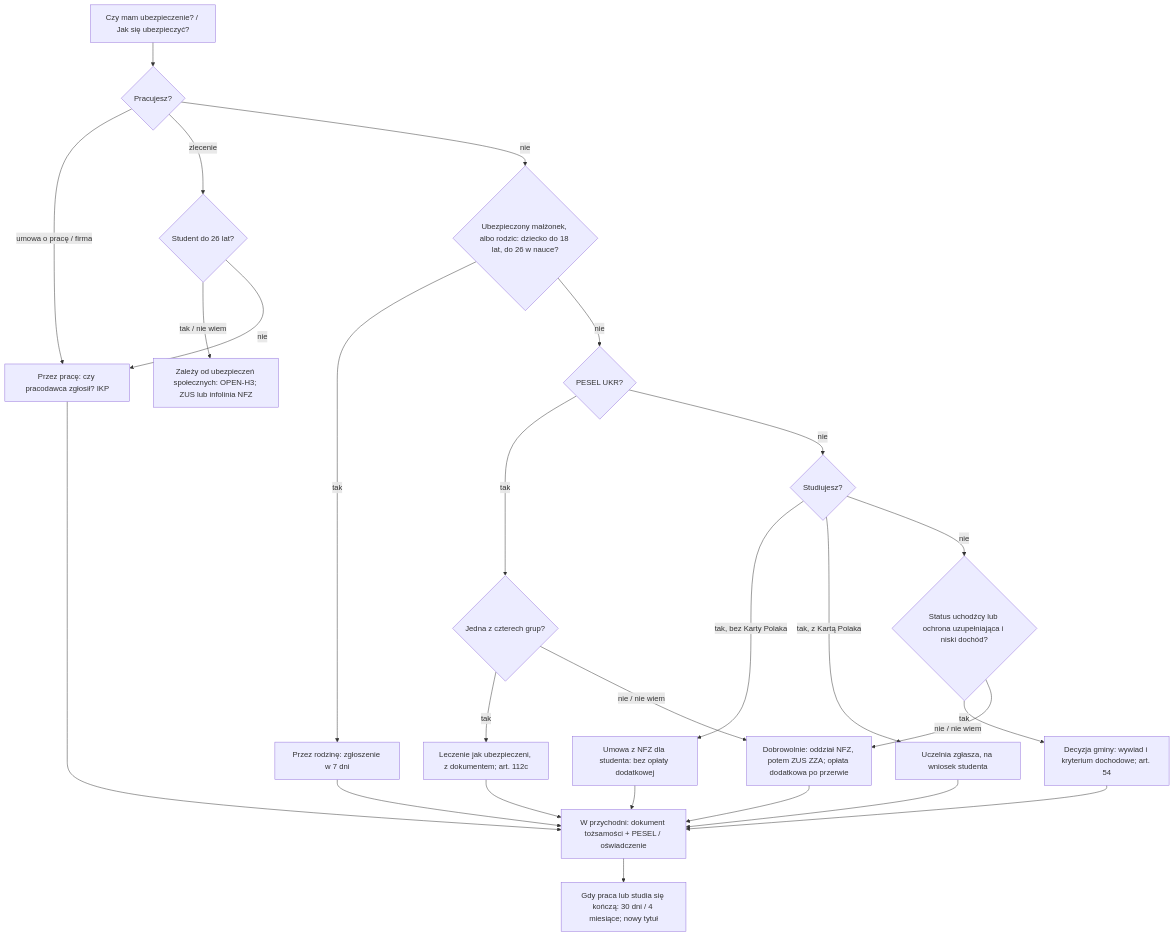
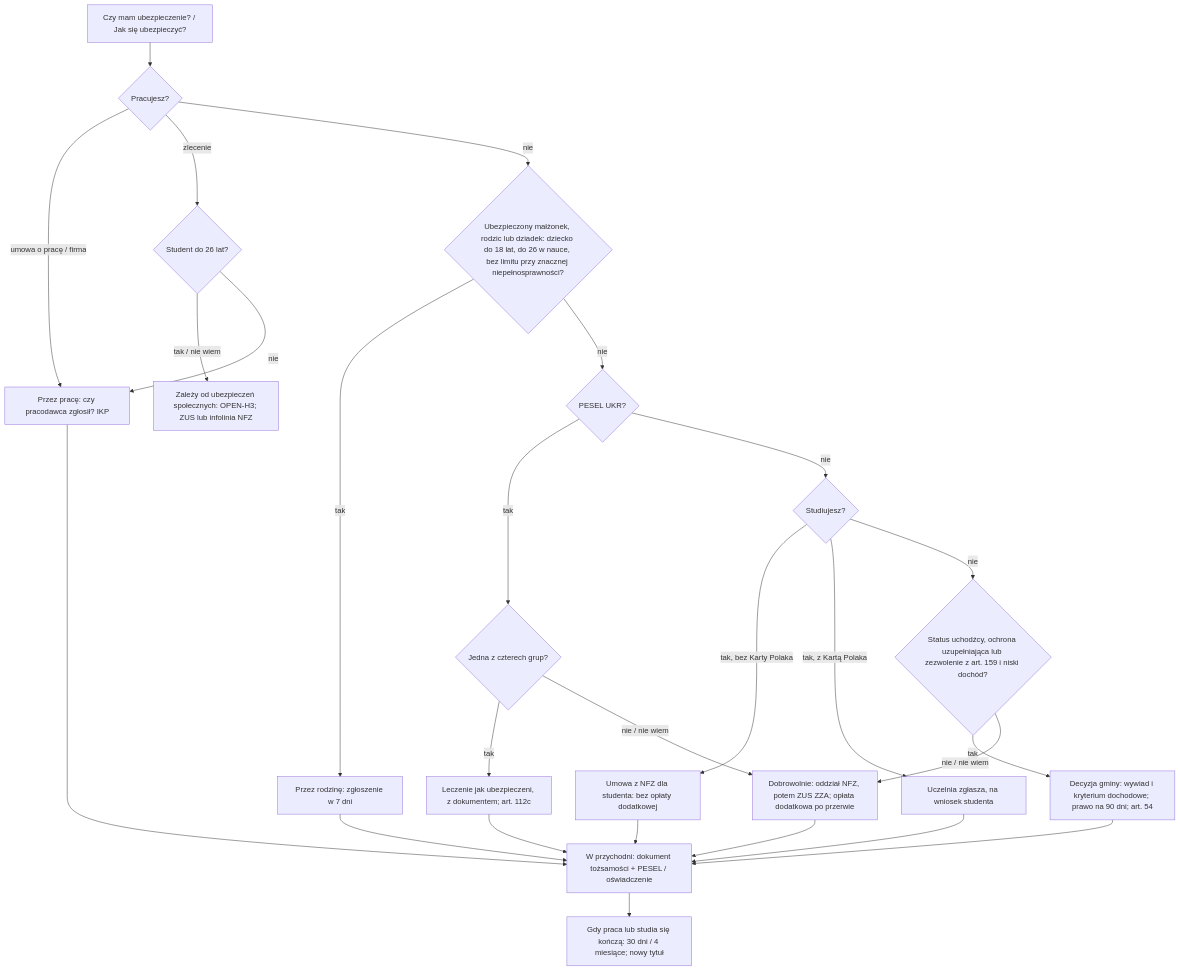
The diagram in docs/formalka-next/maps/health-insurance.md (wrzalkosowskilukaszz/formalka-next), drawn with Mermaid before and after one commit. The commit also changed other lines of this file and 6 other files, not shown here.

````diff
--- a/docs/formalka-next/maps/health-insurance.md
+++ b/docs/formalka-next/maps/health-insurance.md
@@ -178,28 +178,28 @@
 ```mermaid
 flowchart TD
   A[Czy mam ubezpieczenie? / Jak się ubezpieczyć?] --> B{Pracujesz?}
   B -- umowa o pracę / firma --> W[Przez pracę: czy pracodawca zgłosił? IKP]
   B -- zlecenie --> Z{Student do 26 lat?}
   Z -- tak / nie wiem --> Q[Zależy od ubezpieczeń społecznych: OPEN-H3; ZUS lub infolinia NFZ]
   Z -- nie --> W
-  B -- nie --> C{Ubezpieczony małżonek, albo rodzic: dziecko do 18 lat, do 26 w nauce?}
+  B -- nie --> C{Ubezpieczony małżonek, rodzic lub dziadek: dziecko do 18 lat, do 26 w nauce, bez limitu przy znacznej niepełnosprawności?}
   C -- tak --> F[Przez rodzinę: zgłoszenie w 7 dni]
   C -- nie --> U{PESEL UKR?}
   U -- tak --> G{Jedna z czterech grup?}
   G -- tak --> H[Leczenie jak ubezpieczeni, z dokumentem; art. 112c]
   G -- nie / nie wiem --> V
   U -- nie --> S{Studiujesz?}
   S -- tak, bez Karty Polaka --> VS[Umowa z NFZ dla studenta: bez opłaty dodatkowej]
   S -- tak, z Kartą Polaka --> UK[Uczelnia zgłasza, na wniosek studenta]
-  S -- nie --> R{Status uchodźcy lub ochrona uzupełniająca i niski dochód?}
-  R -- tak --> D[Decyzja gminy: wywiad i kryterium dochodowe; art. 54]
+  S -- nie --> R{Status uchodźcy, ochrona uzupełniająca lub zezwolenie z art. 159 i niski dochód?}
+  R -- tak --> D[Decyzja gminy: wywiad i kryterium dochodowe; prawo na 90 dni; art. 54]
   R -- nie / nie wiem --> V[Dobrowolnie: oddział NFZ, potem ZUS ZZA; opłata dodatkowa po przerwie]
   W --> P[W przychodni: dokument tożsamości + PESEL / oświadczenie]
   F --> P
   V --> P
   VS --> P
   UK --> P
   D --> P
   H --> P
   P --> E[Gdy praca lub studia się kończą: 30 dni / 4 miesiące; nowy tytuł]
 ```
````
